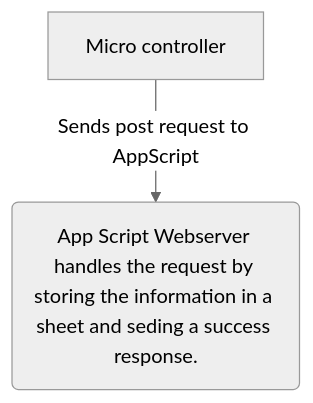
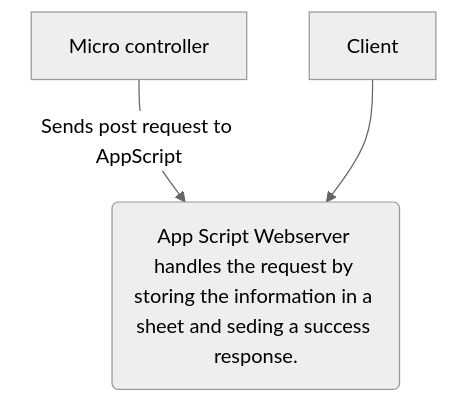
One commit to jonss0777/DIY_Sensor changed the first of 2 diagrams in README.md. Above: the diagram before and after it, drawn with Mermaid (neutral theme).

Commit message:
Correct README formatting and add architecture details
Fix formatting issues in the README and update architecture section.

````diff
--- a/README.md
+++ b/README.md
@@ -11,4 +11,7 @@
 ```mermaid
   flowchart TD
     A[Micro controller] -->|Sends post request to AppScript| B(App Script Webserver handles the request by storing the information in a sheet and seding a success response.)
+
+    C[Client] -->B
+  
 ```
````
